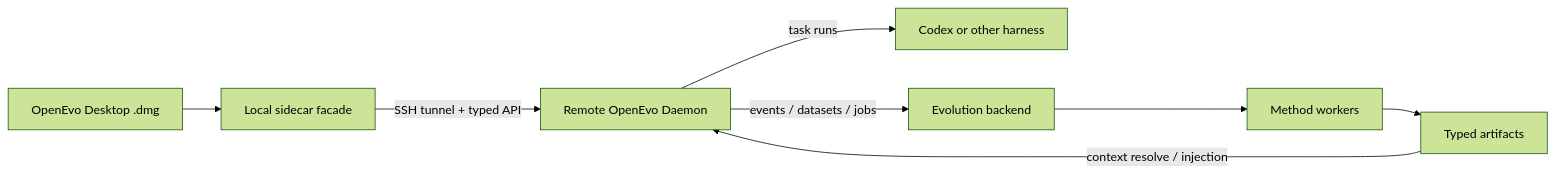
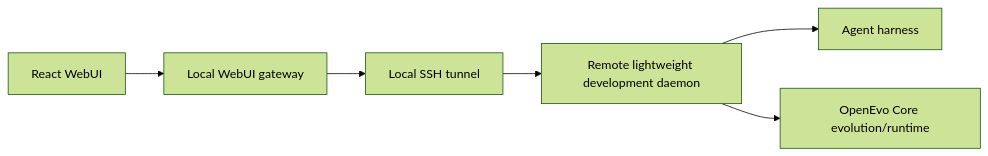
Before and after one commit to KDBRonaldo/OpenEvo: the diagram in docs/architecture/README.md, drawn with Mermaid (forest theme). The commit also changed other lines of this file and 399 other files, not shown here.

````diff
--- a/docs/architecture/README.md
+++ b/docs/architecture/README.md
@@ -96,18 +5,15 @@
 ```mermaid
 flowchart LR
-    Desktop[OpenEvo Desktop .dmg]
-    Sidecar[Local sidecar facade]
-    Backend[Remote OpenEvo Daemon]
-    Harness[Codex or other harness]
-    Store[Evolution backend]
-    Methods[Method workers]
-    Artifacts[Typed artifacts]
+    Browser[React WebUI]
+    Gateway[Local WebUI gateway]
+    Tunnel[Local SSH tunnel]
+    Daemon[Remote lightweight development daemon]
+    Harness[Agent harness]
+    Core[OpenEvo Core evolution/runtime]
 
-    Desktop --> Sidecar
-    Sidecar -->|SSH tunnel + typed API| Backend
-    Backend -->|task runs| Harness
-    Backend -->|events / datasets / jobs| Store
-    Store --> Methods
-    Methods --> Artifacts
-    Artifacts -->|context resolve / injection| Backend
+    Browser --> Gateway
+    Gateway --> Tunnel
+    Tunnel --> Daemon
+    Daemon --> Harness
+    Daemon --> Core
 ```
````
